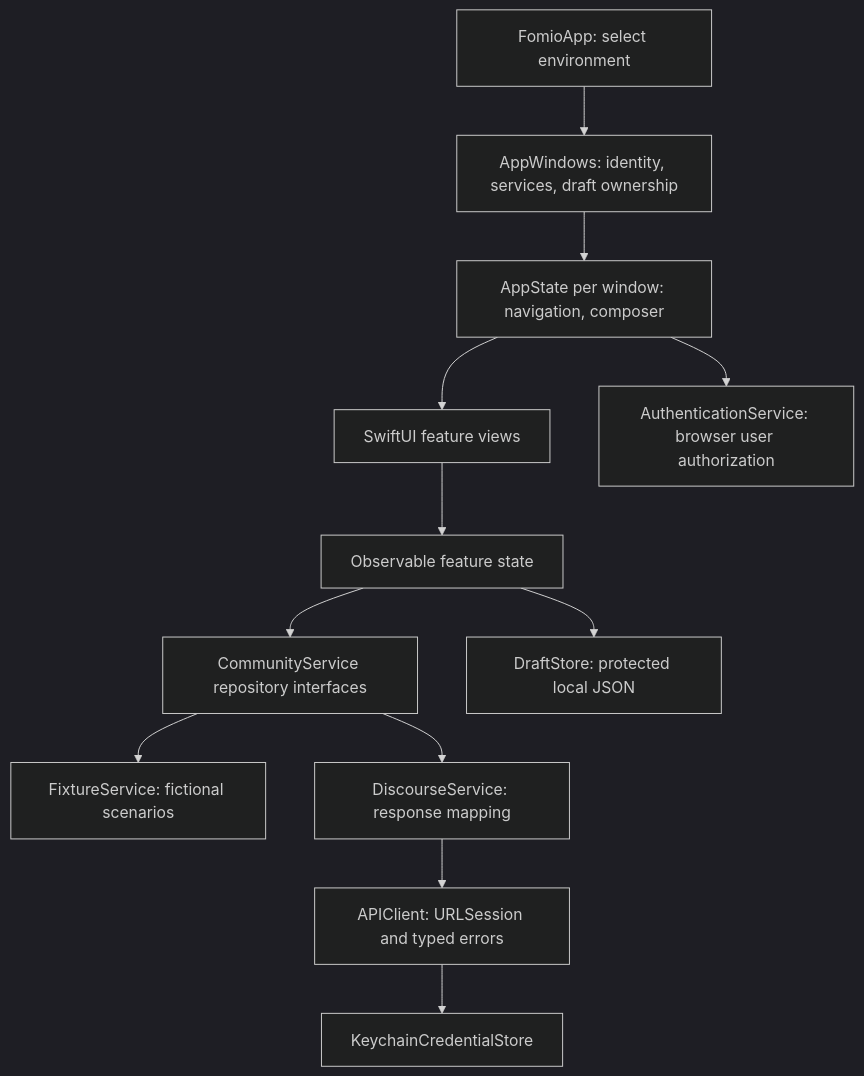
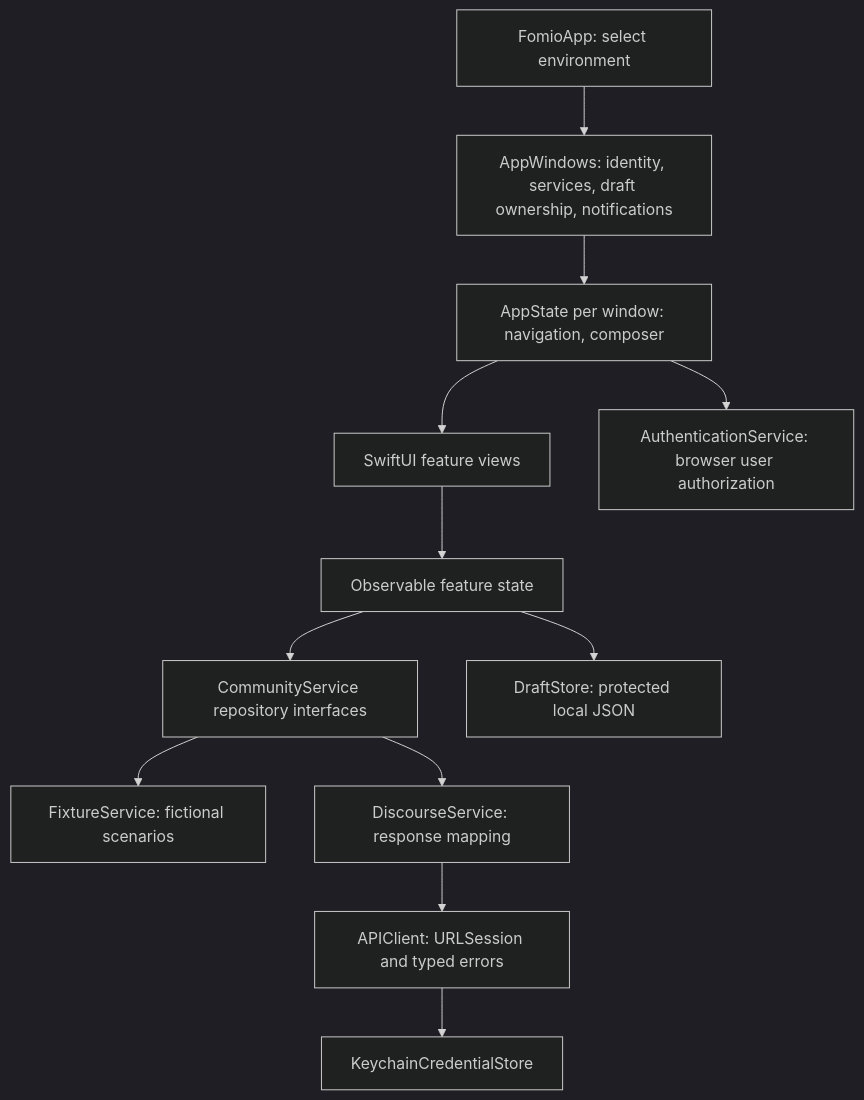
Before and after one commit to ismailzabalawi/Fomio.app: the diagram in docs/architecture.md, drawn with Mermaid (dark theme). The commit also changed other lines of this file and 4 other files, not shown here.

Commit message:
Document shared notifications across windows

````diff
--- a/docs/architecture.md
+++ b/docs/architecture.md
@@ -17,14 +17,14 @@
 ```mermaid
 flowchart TD
-  App[FomioApp: select environment] --> Shared[AppWindows: identity, services, draft ownership]
+  App[FomioApp: select environment] --> Shared[AppWindows: identity, services, draft ownership, notifications]
   Shared --> State[AppState per window: navigation, composer]
   State --> Views[SwiftUI feature views]
   Views --> Feature[Observable feature state]
   Feature --> Protocols[CommunityService repository interfaces]
   Protocols --> Fixture[FixtureService: fictional scenarios]
   Protocols --> Discourse[DiscourseService: response mapping]
   Discourse --> Client[APIClient: URLSession and typed errors]
   Client --> Keys[KeychainCredentialStore]
   State --> Auth[AuthenticationService: browser user authorization]
   Feature --> Drafts[DraftStore: protected local JSON]
 ```
````
